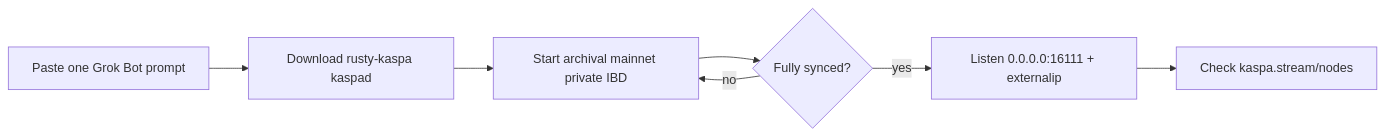
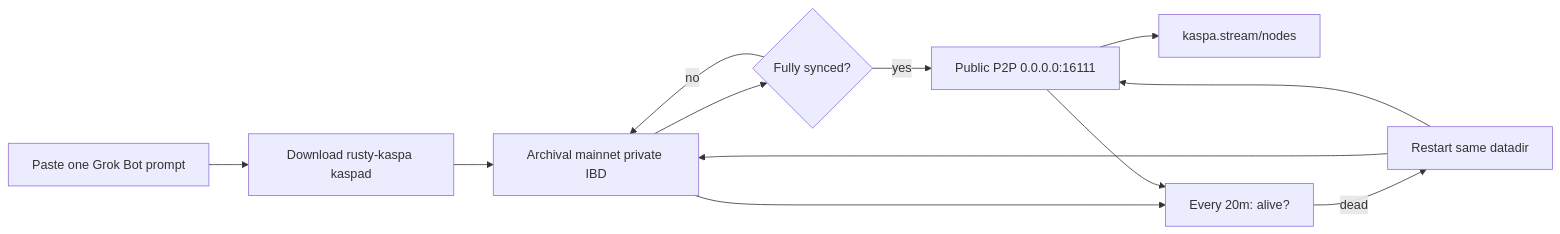
The diagram in README.md (STP-KAS/Xai.Kaspa.node), drawn with Mermaid before and after one commit. The commit also changed other lines of this file and 1 other file, not shown here.

Commit message:
Add 20-minute keep-alive: restart and resume sync if node dies

````diff
--- a/README.md
+++ b/README.md
@@ -38,9 +43,14 @@
 ```mermaid
 flowchart LR
   A[Paste one Grok Bot prompt] --> B[Download rusty-kaspa kaspad]
-  B --> C[Start archival mainnet private IBD]
+  B --> C[Archival mainnet private IBD]
   C --> D{Fully synced?}
   D -->|no| C
-  D -->|yes| E[Listen 0.0.0.0:16111 + externalip]
-  E --> F[Check kaspa.stream/nodes]
+  D -->|yes| E[Public P2P 0.0.0.0:16111]
+  E --> F[kaspa.stream/nodes]
+  C --> G[Every 20m: alive?]
+  E --> G
+  G -->|dead| H[Restart same datadir]
+  H --> C
+  H --> E
 ```
````
